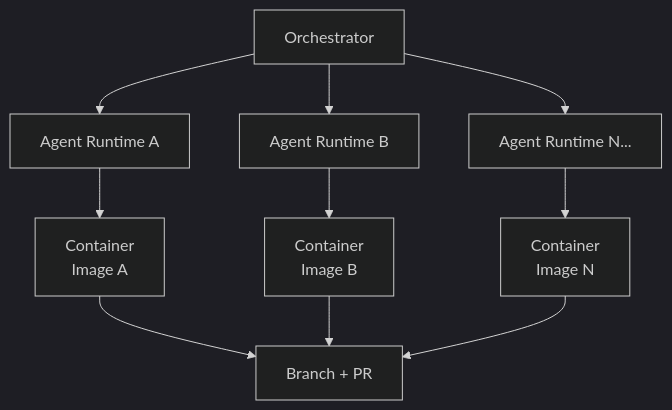
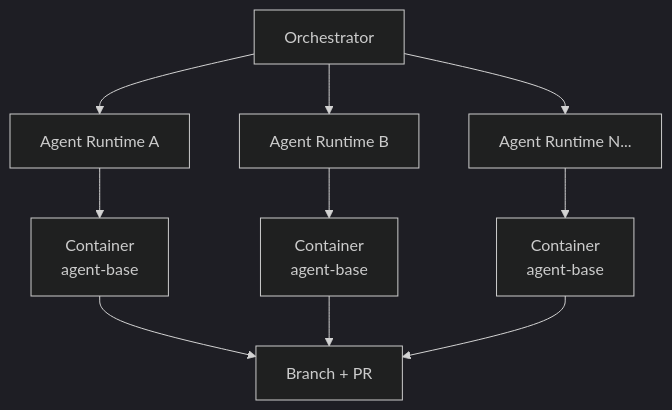
One commit to youngchingjui/issue-to-pr changed the second of 3 diagrams in docs/dev/multi-model-support.md. Above: the diagram before and after it, drawn with Mermaid (dark theme). The commit also changed other lines of this file and 8 other files, not shown here.

First line of the commit message:
Enhance documentation for Claude Agent SDK and container lifecycle

````diff
--- a/docs/dev/multi-model-support.md
+++ b/docs/dev/multi-model-support.md
@@ -103,15 +105,15 @@
 ```mermaid
 flowchart TD
     Orchestrator[Orchestrator]
     Orchestrator --> RuntimeA[Agent Runtime A]
     Orchestrator --> RuntimeB[Agent Runtime B]
     Orchestrator --> RuntimeN[Agent Runtime N...]
 
-    RuntimeA --> Container1[Container<br/>Image A]
-    RuntimeB --> Container2[Container<br/>Image B]
-    RuntimeN --> Container3[Container<br/>Image N]
+    RuntimeA --> Container1[Container<br/>agent-base]
+    RuntimeB --> Container2[Container<br/>agent-base]
+    RuntimeN --> Container3[Container<br/>agent-base]
 
     Container1 --> Result[Branch + PR]
     Container2 --> Result
     Container3 --> Result
 ```
````
